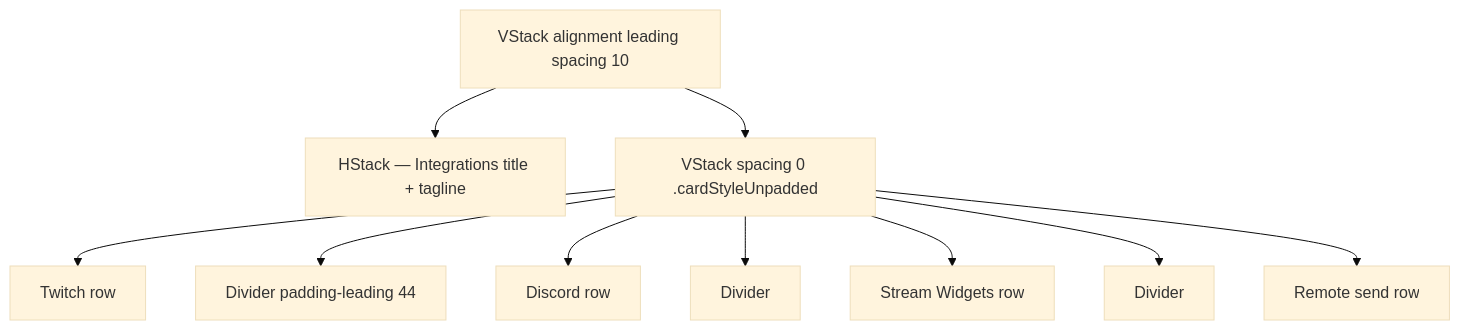
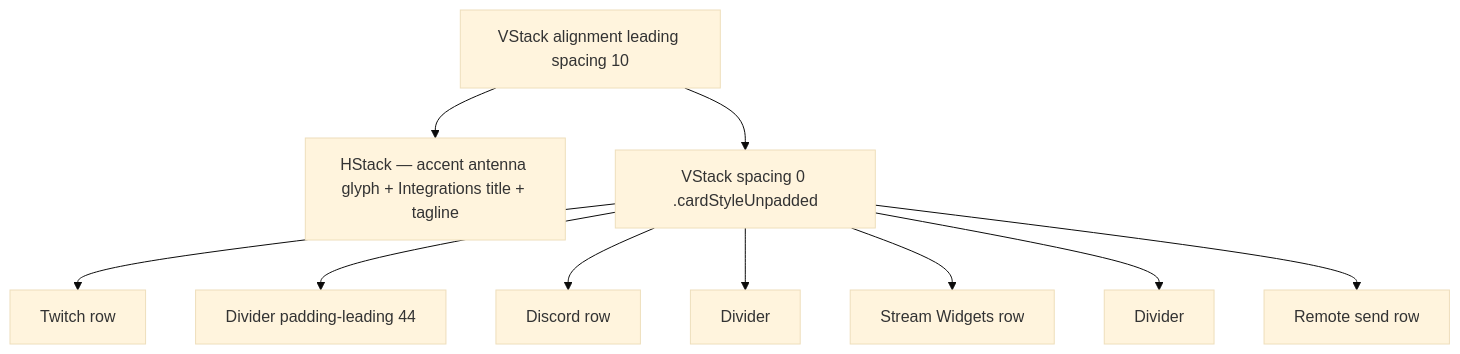
One commit to MrDemonWolf/WolfWave changed the first of 2 diagrams in design-system/components/integration-dashboard-view.md. Above: the diagram before and after it, drawn with Mermaid (base theme). The commit also changed other lines of this file and 3 other files, not shown here.

````diff
--- a/design-system/components/integration-dashboard-view.md
+++ b/design-system/components/integration-dashboard-view.md
@@ -47,12 +48,12 @@
 ```mermaid
 graph TB
-  Dashboard[VStack alignment leading spacing 10] --> Header[HStack — Integrations title + tagline]
+  Dashboard[VStack alignment leading spacing 10] --> Header[HStack — accent antenna glyph + Integrations title + tagline]
   Dashboard --> Card[VStack spacing 0 .cardStyleUnpadded]
   Card --> Row1[Twitch row]
   Card --> Div1[Divider padding-leading 44]
   Card --> Row2[Discord row]
   Card --> Div2[Divider]
   Card --> Row3[Stream Widgets row]
   Card --> Div3[Divider]
   Card --> Row4[Remote send row]
 ```
````
